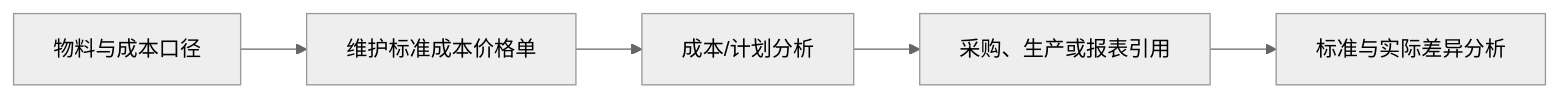
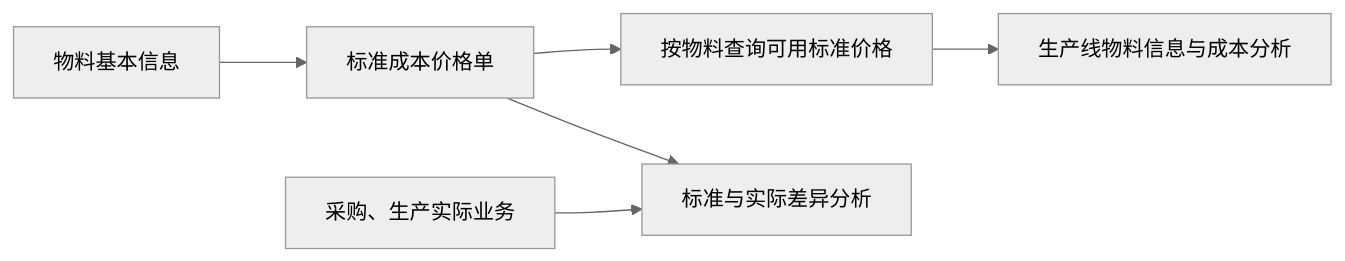
One commit to jiargcn/MomProductDocument changed the diagram in docs/04-DBC-主数据管理/01-物料管理/07-标准成本价格单管理.md. Above: the diagram before and after it, drawn with Mermaid (neutral theme). The commit also changed other lines of this file and 5 other files, not shown here.

````diff
--- a/docs/04-DBC-主数据管理/01-物料管理/07-标准成本价格单管理.md
+++ b/docs/04-DBC-主数据管理/01-物料管理/07-标准成本价格单管理.md
@@ -16,7 +24,8 @@
 ```mermaid
 flowchart LR
-    A["物料与成本口径"] --> B["维护标准成本价格单"]
-    B --> C["成本/计划分析"]
-    C --> D["采购、生产或报表引用"]
-    D --> E["标准与实际差异分析"]
+    A["物料基本信息"] --> B["标准成本价格单"]
+    B --> C["按物料查询可用标准价格"]
+    C --> D["生产线物料信息与成本分析"]
+    E["采购、生产实际业务"] --> F["标准与实际差异分析"]
+    B --> F
 ```
````
